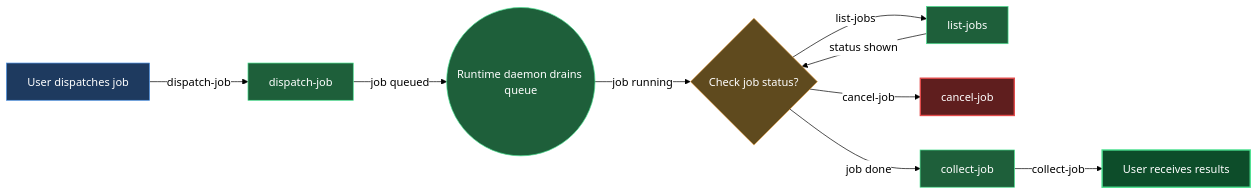
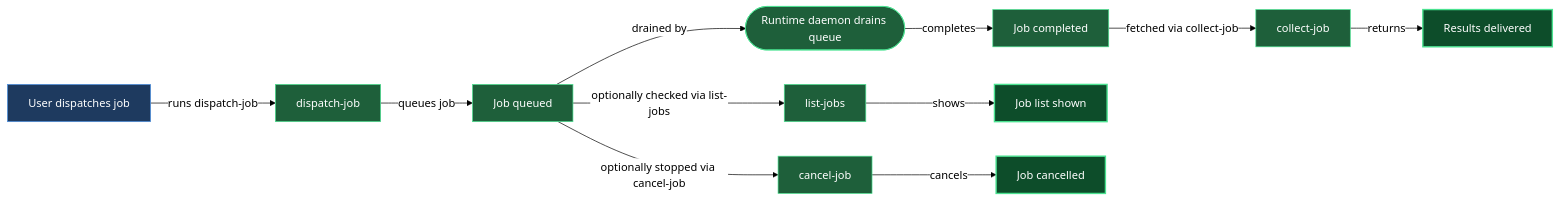
One commit to mebius-san/lazy-cortex changed the diagram in claude/lazycortex-core/help/experts.md. Above: the diagram before and after it, drawn with Mermaid. The commit also changed other lines of this file and 37 other files, not shown here.

````diff
--- a/claude/lazycortex-core/help/experts.md
+++ b/claude/lazycortex-core/help/experts.md
@@ -68,36 +68,42 @@
 ```mermaid
 %%{init: {'themeVariables':{'background':'transparent','lineColor':'#000','textColor':'#000','edgeLabelBackground':'#fff'},'themeCSS':'.edgeLabel{background-color:transparent!important}.edgeLabel p{background-color:transparent!important}','flowchart':{'diagramPadding':5,'useMaxWidth':true}}}%%
 flowchart LR
   userDispatchesJob[User dispatches job]
   dispatchJob[dispatch-job]
-  runtimeDaemonDrainsQueue((Runtime daemon drains queue))
-  userChecksJobStatus{Check job status?}
+  jobQueued[Job queued]
+  runtimeDaemon([Runtime daemon drains queue])
+  jobCompleted[Job completed]
+  collectJob[collect-job]
+  resultsDelivered[Results delivered]
   listJobs[list-jobs]
+  jobListShown[Job list shown]
   cancelJob[cancel-job]
-  collectJob[collect-job]
-  userReceivesResults[User receives results]
+  jobCancelled[Job cancelled]
 
-  userDispatchesJob -->|dispatch-job| dispatchJob
-  dispatchJob -->|job queued| runtimeDaemonDrainsQueue
-  runtimeDaemonDrainsQueue -->|job running| userChecksJobStatus
-  userChecksJobStatus -->|list-jobs| listJobs
-  userChecksJobStatus -->|cancel-job| cancelJob
-  userChecksJobStatus -->|job done| collectJob
-  listJobs -->|status shown| userChecksJobStatus
-  collectJob -->|collect-job| userReceivesResults
+  userDispatchesJob -->|runs dispatch-job| dispatchJob
+  dispatchJob -->|queues job| jobQueued
+  jobQueued -->|drained by| runtimeDaemon
+  runtimeDaemon -->|completes| jobCompleted
+  jobCompleted -->|fetched via collect-job| collectJob
+  collectJob -->|returns| resultsDelivered
+  jobQueued -->|optionally checked via list-jobs| listJobs
+  listJobs -->|shows| jobListShown
+  jobQueued -->|optionally stopped via cancel-job| cancelJob
+  cancelJob -->|cancels| jobCancelled
 
   classDef entry fill:#1e3a5f,stroke:#4a90e2,color:#fff
-  classDef guard fill:#5f4a1e,stroke:#e2a14a,color:#fff
   classDef action fill:#1e5f3a,stroke:#4ae290,color:#fff
   classDef success fill:#0d4d2a,stroke:#4ae290,color:#fff,stroke-width:2px
-  classDef error fill:#5f1e1e,stroke:#e24a4a,color:#fff,stroke-width:2px
 
   class userDispatchesJob entry
   class dispatchJob action
-  class runtimeDaemonDrainsQueue action
-  class userChecksJobStatus guard
+  class jobQueued action
+  class runtimeDaemon action
+  class jobCompleted action
+  class collectJob action
+  class resultsDelivered success
   class listJobs action
-  class cancelJob error
-  class collectJob action
-  class userReceivesResults success
+  class jobListShown success
+  class cancelJob action
+  class jobCancelled success
 ```
````
